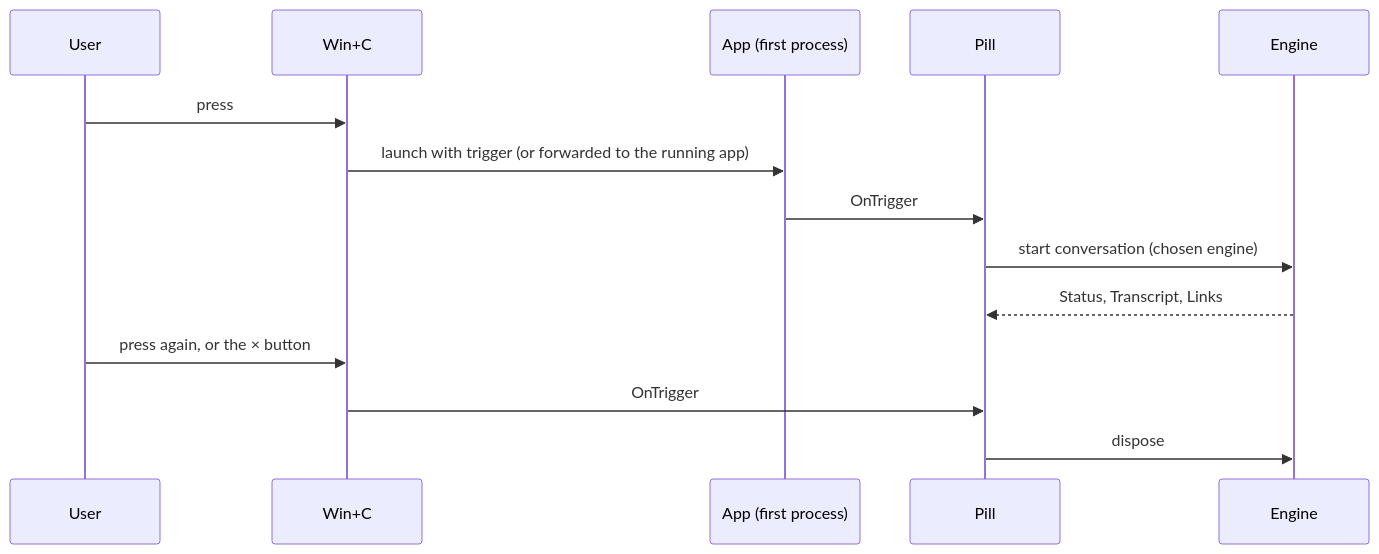
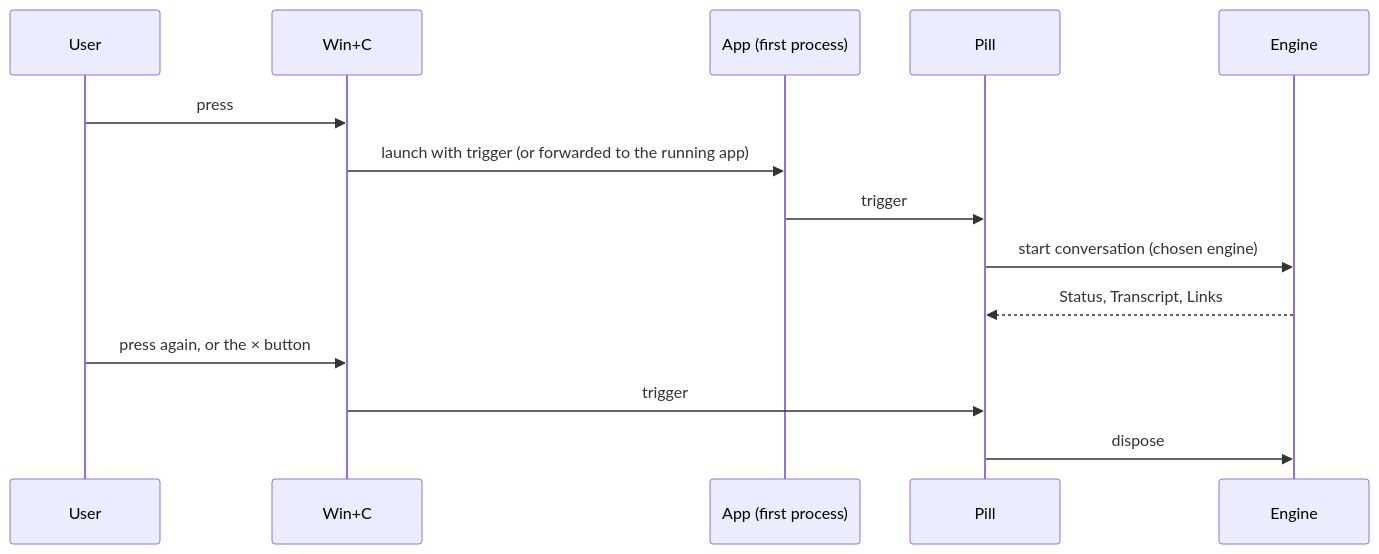
One commit to avi12/gemini-live-for-windows changed the second of 8 diagrams in ARCHITECTURE.md. Above: the diagram before and after it, drawn with Mermaid. The commit also changed other lines of this file and 1 other file, not shown here.

````diff
--- a/ARCHITECTURE.md
+++ b/ARCHITECTURE.md
@@ -76,16 +75,16 @@
 ```mermaid
 sequenceDiagram
   participant U as User
   participant K as Win+C
   participant A as App (first process)
   participant P as Pill
   participant E as Engine
   U->>K: press
   K->>A: launch with trigger (or forwarded to the running app)
-  A->>P: OnTrigger
+  A->>P: trigger
   P->>E: start conversation (chosen engine)
   E-->>P: Status, Transcript, Links
   U->>K: press again, or the × button
-  K->>P: OnTrigger
+  K->>P: trigger
   P->>E: dispose
 ```
````
